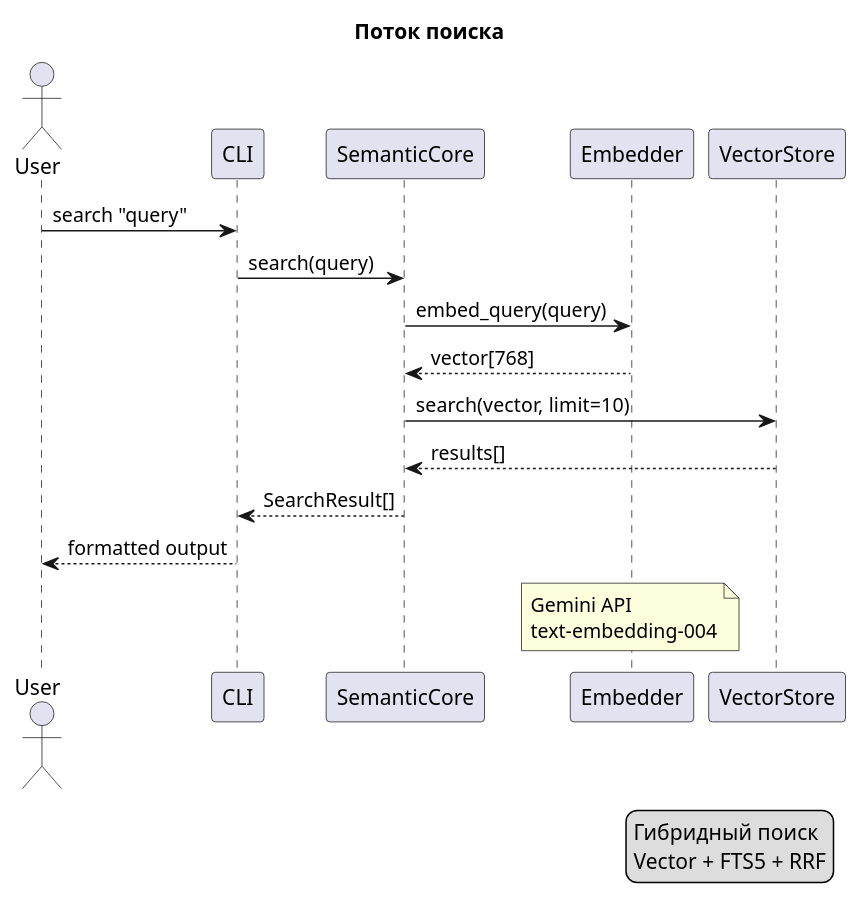
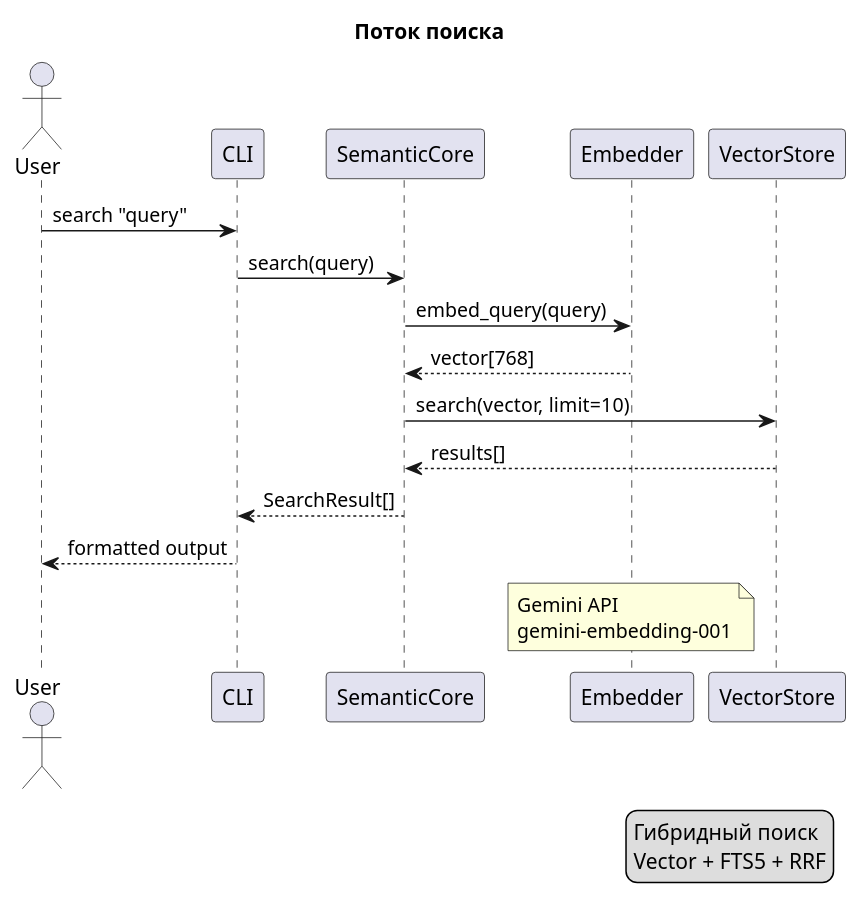
One commit to VladimirMonin/poc_vector_sqlite changed the second of 4 diagrams in doc/ideas/phase_11/style_guide_phase_11.md. Above: the diagram before and after it, drawn with PlantUML. The commit also changed 17 other files, not shown here.

````diff
--- a/doc/ideas/phase_11/style_guide_phase_11.md
+++ b/doc/ideas/phase_11/style_guide_phase_11.md
@@ -128,30 +128,30 @@
 ```plantuml
 @startuml
 title Поток поиска
 
 actor User
 participant CLI
 participant SemanticCore
 participant Embedder
 participant VectorStore
 
 User -> CLI: search "query"
 CLI -> SemanticCore: search(query)
 SemanticCore -> Embedder: embed_query(query)
 Embedder --> SemanticCore: vector[768]
 SemanticCore -> VectorStore: search(vector, limit=10)
 VectorStore --> SemanticCore: results[]
 SemanticCore --> CLI: SearchResult[]
 CLI --> User: formatted output
 
 note over Embedder
     Gemini API
-    text-embedding-004
+    gemini-embedding-001
 end note
 
 legend right
     Гибридный поиск
     Vector + FTS5 + RRF
 endlegend
 @enduml
 ```
````
